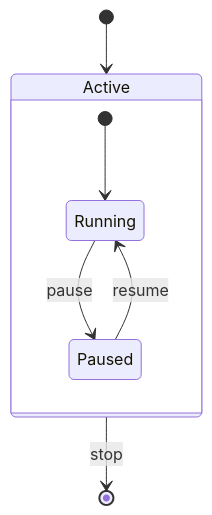
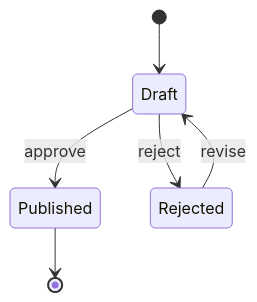
The second of 2 diagrams in skills/creating-mermaid-diagrams/references/state.md (narumiruna/agent-skills), drawn with Mermaid before and after one commit. The commit also changed other lines of this file and 92 other files, not shown here.

````diff
--- a/skills/creating-mermaid-diagrams/references/state.md
+++ b/skills/creating-mermaid-diagrams/references/state.md
@@ -35,12 +26,8 @@
 ```mermaid
 stateDiagram-v2
-    [*] --> Active
-
-    state Active {
-        [*] --> Running
-        Running --> Paused : pause
-        Paused --> Running : resume
-    }
-
-    Active --> [*] : stop
+    [*] --> Draft
+    Draft --> Published : approve
+    Draft --> Rejected : reject
+    Published --> [*]
+    Rejected --> Draft : revise
 ```
````
